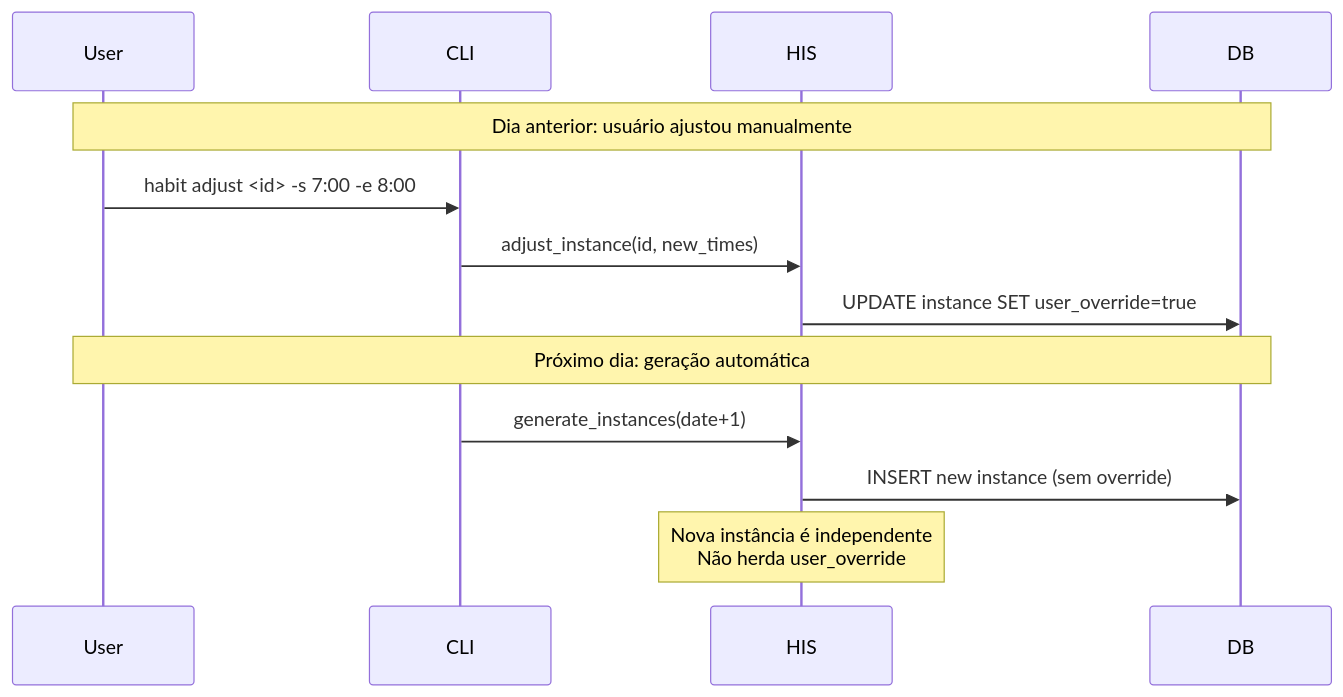
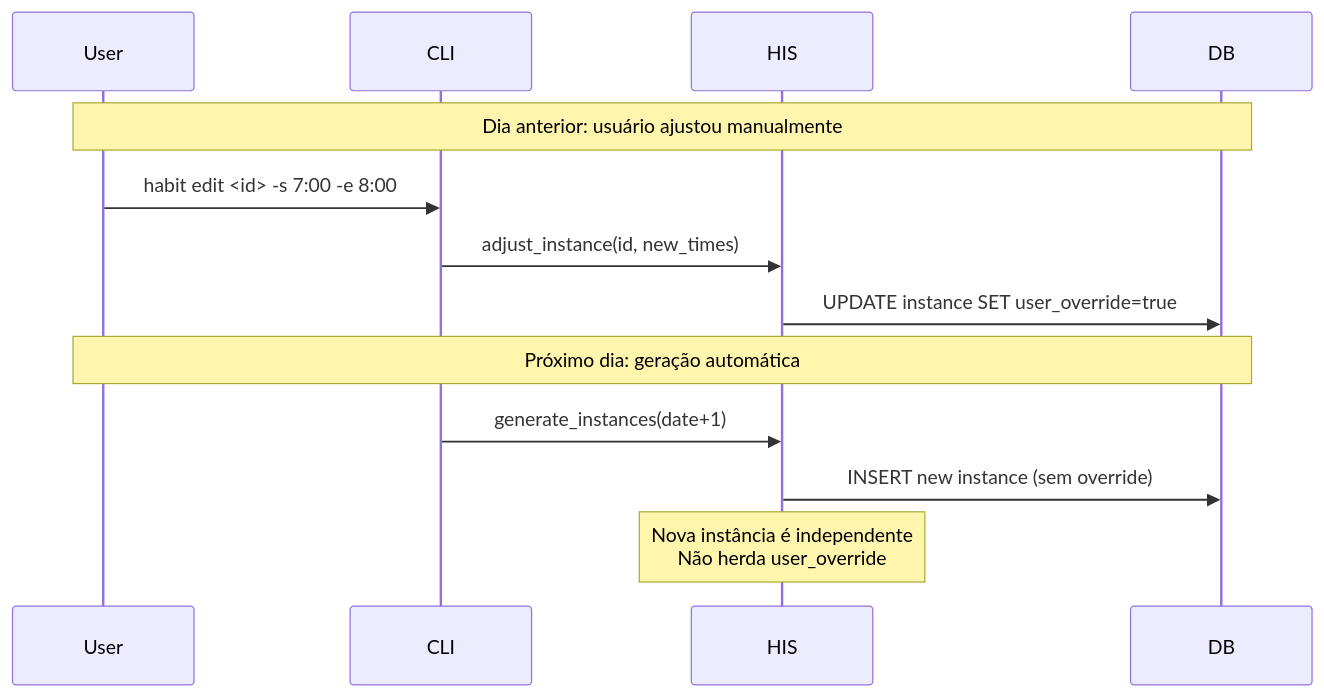
Before and after one commit to fabiodelllima/timeblock-organizer: the third of 3 diagrams in docs/02-diagrams/sequences/habit-instantiation.md, drawn with Mermaid. The commit also changed 41 other files, not shown here.

````diff
--- a/docs/02-diagrams/sequences/habit-instantiation.md
+++ b/docs/02-diagrams/sequences/habit-instantiation.md
@@ -157,20 +157,20 @@
 ```mermaid
 sequenceDiagram
     participant User
     participant CLI
     participant HIS
     participant DB
 
     Note over User,DB: Dia anterior: usuário ajustou manualmente
 
-    User->>CLI: habit adjust <id> -s 7:00 -e 8:00
+    User->>CLI: habit edit <id> -s 7:00 -e 8:00
     CLI->>HIS: adjust_instance(id, new_times)
     HIS->>DB: UPDATE instance SET user_override=true
 
     Note over User,DB: Próximo dia: geração automática
 
     CLI->>HIS: generate_instances(date+1)
     HIS->>DB: INSERT new instance (sem override)
 
     Note over HIS: Nova instância é independente<br/>Não herda user_override
 ```
````
